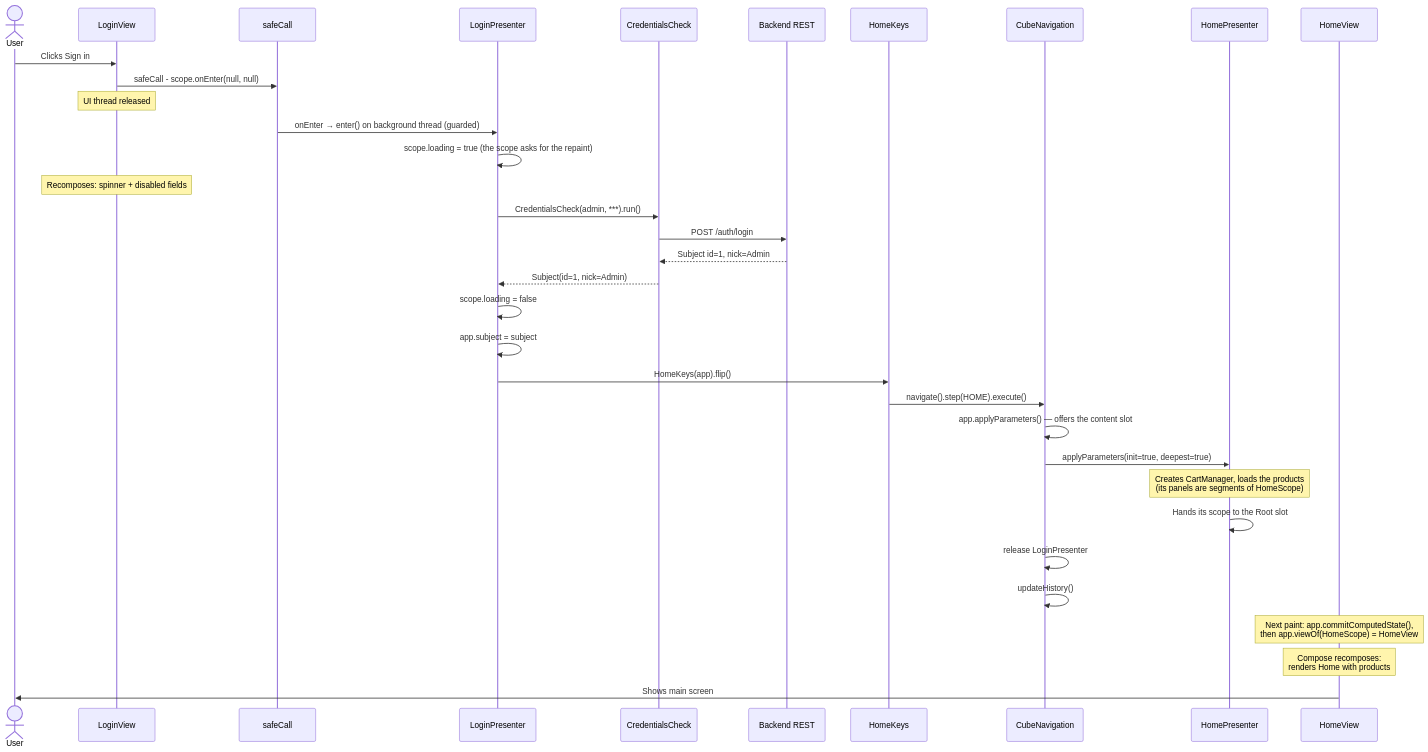
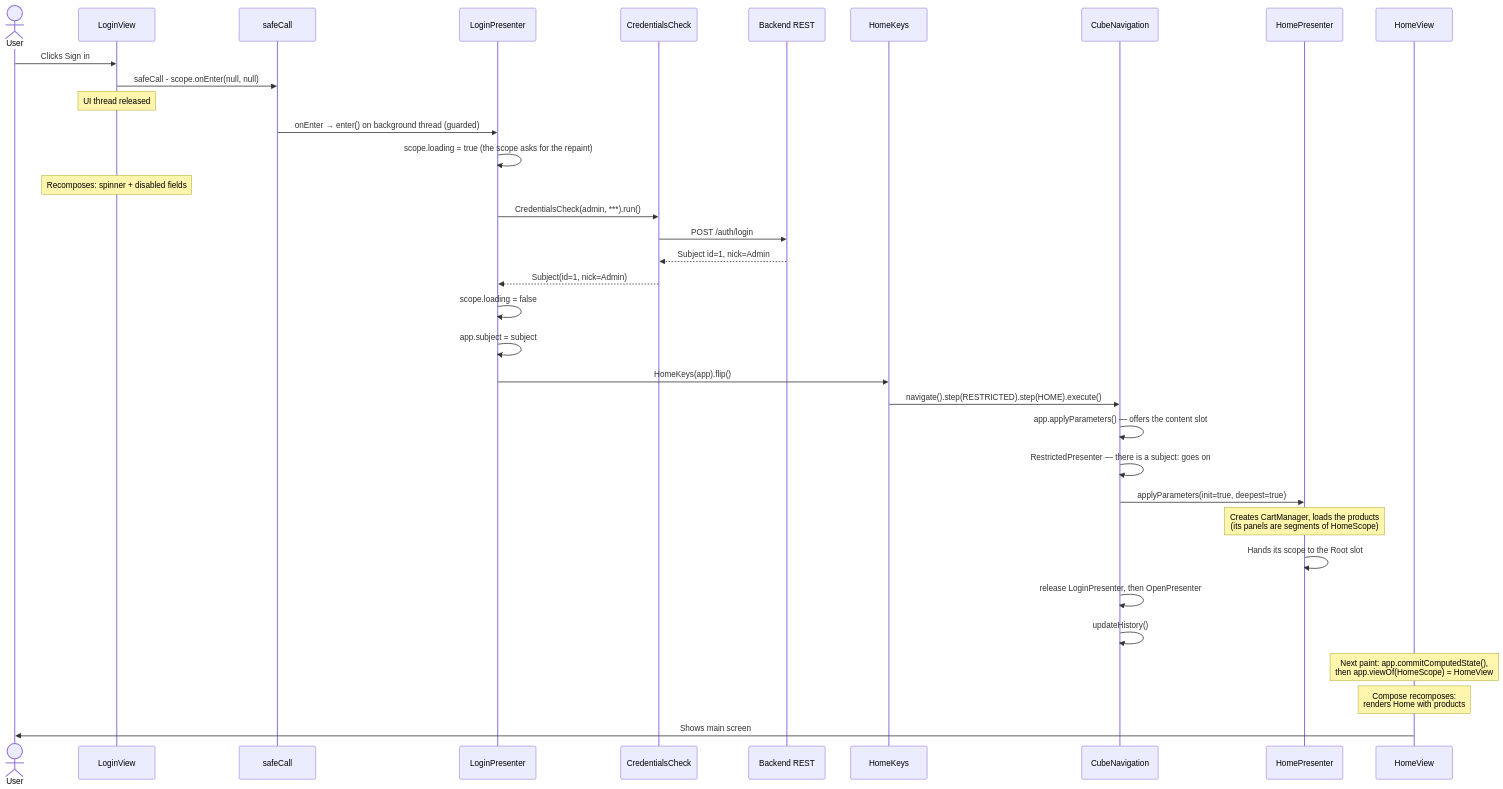
The tenth of 10 diagrams in docs/architecture.md (mrcdom/wdc-cube-kotlin), drawn with Mermaid before and after one commit. The commit also changed other lines of this file and 15 other files, not shown here.

First line of the commit message:
feat(presentation): open and restricted guard places, as in the Java version

````diff
--- a/docs/architecture.md
+++ b/docs/architecture.md
@@ -536,44 +544,45 @@
 ```mermaid
 sequenceDiagram
     actor User as User
     participant LV as LoginView
     participant SC as safeCall
     participant LP as LoginPresenter
     participant LS as CredentialsCheck
     participant API as Backend REST
     participant Keys as HomeKeys
     participant Nav as CubeNavigation
     participant HP as HomePresenter
     participant HV as HomeView
 
     User->>LV: Clicks Sign in
     LV->>SC: safeCall - scope.onEnter(null, null)
     Note over LV: UI thread released
 
     SC->>LP: onEnter → enter() on background thread (guarded)
     LP->>LP: scope.loading = true (the scope asks for the repaint)
     Note over LV: Recomposes: spinner + disabled fields
 
     LP->>LS: CredentialsCheck(admin, ***).run()
     LS->>API: POST /auth/login
     API-->>LS: Subject id=1, nick=Admin
     LS-->>LP: Subject(id=1, nick=Admin)
 
     LP->>LP: scope.loading = false
     LP->>LP: app.subject = subject
 
     LP->>Keys: HomeKeys(app).flip()
-    Keys->>Nav: navigate().step(HOME).execute()
+    Keys->>Nav: navigate().step(RESTRICTED).step(HOME).execute()
 
     Nav->>Nav: app.applyParameters() — offers the content slot
+    Nav->>Nav: RestrictedPresenter — there is a subject: goes on
     Nav->>HP: applyParameters(init=true, deepest=true)
     Note over HP: Creates CartManager, loads the products<br/>(its panels are segments of HomeScope)
     HP->>HP: Hands its scope to the Root slot
 
-    Nav->>Nav: release LoginPresenter
+    Nav->>Nav: release LoginPresenter, then OpenPresenter
     Nav->>Nav: updateHistory()
     Note over HV: Next paint: app.commitComputedState(),<br/>then app.viewOf(HomeScope) = HomeView
 
     Note over HV: Compose recomposes:<br/>renders Home with products
     HV->>User: Shows main screen
 ```
````
